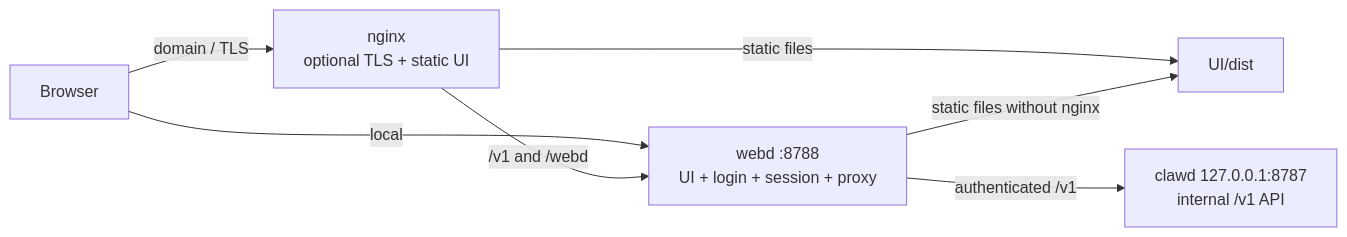
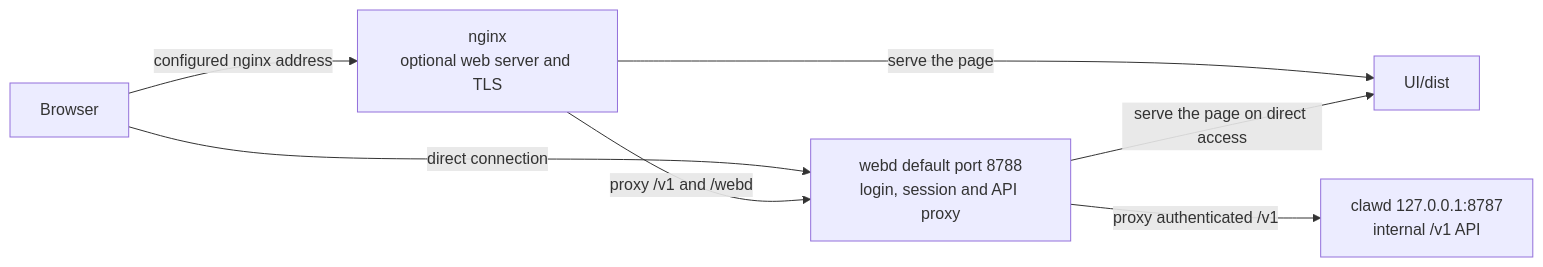
The fifth of 9 diagrams in README.md (MatrixCoreX/RustClaw), drawn with Mermaid before and after one commit. The commit also changed other lines of this file and 3 other files, not shown here.

````diff
--- a/README.md
+++ b/README.md
@@ -779,15 +803,15 @@
 ```mermaid
 flowchart LR
     B[Browser]
-    N[nginx<br/>optional TLS + static UI]
-    W[webd :8788<br/>UI + login + session + proxy]
+    N[nginx<br/>optional web server and TLS]
+    W[webd default port 8788<br/>login, session and API proxy]
     C[clawd 127.0.0.1:8787<br/>internal /v1 API]
     U[UI/dist]
 
-    B -->|local| W
-    B -->|domain / TLS| N
-    N -->|static files| U
-    N -->|/v1 and /webd| W
-    W -->|static files without nginx| U
-    W -->|authenticated /v1| C
+    B -->|direct connection| W
+    B -->|configured nginx address| N
+    N -->|serve the page| U
+    N -->|proxy /v1 and /webd| W
+    W -->|serve the page on direct access| U
+    W -->|proxy authenticated /v1| C
 ```
````
